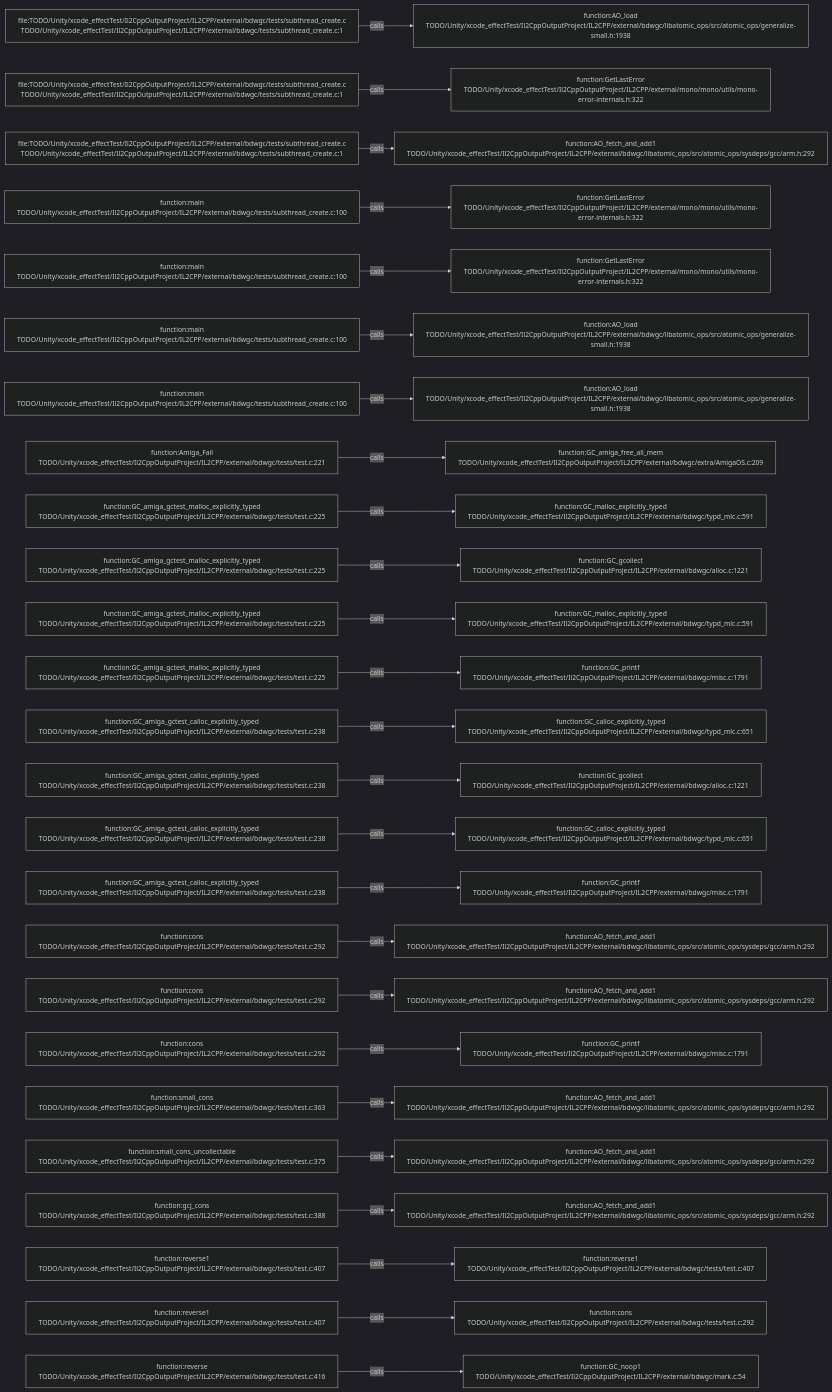
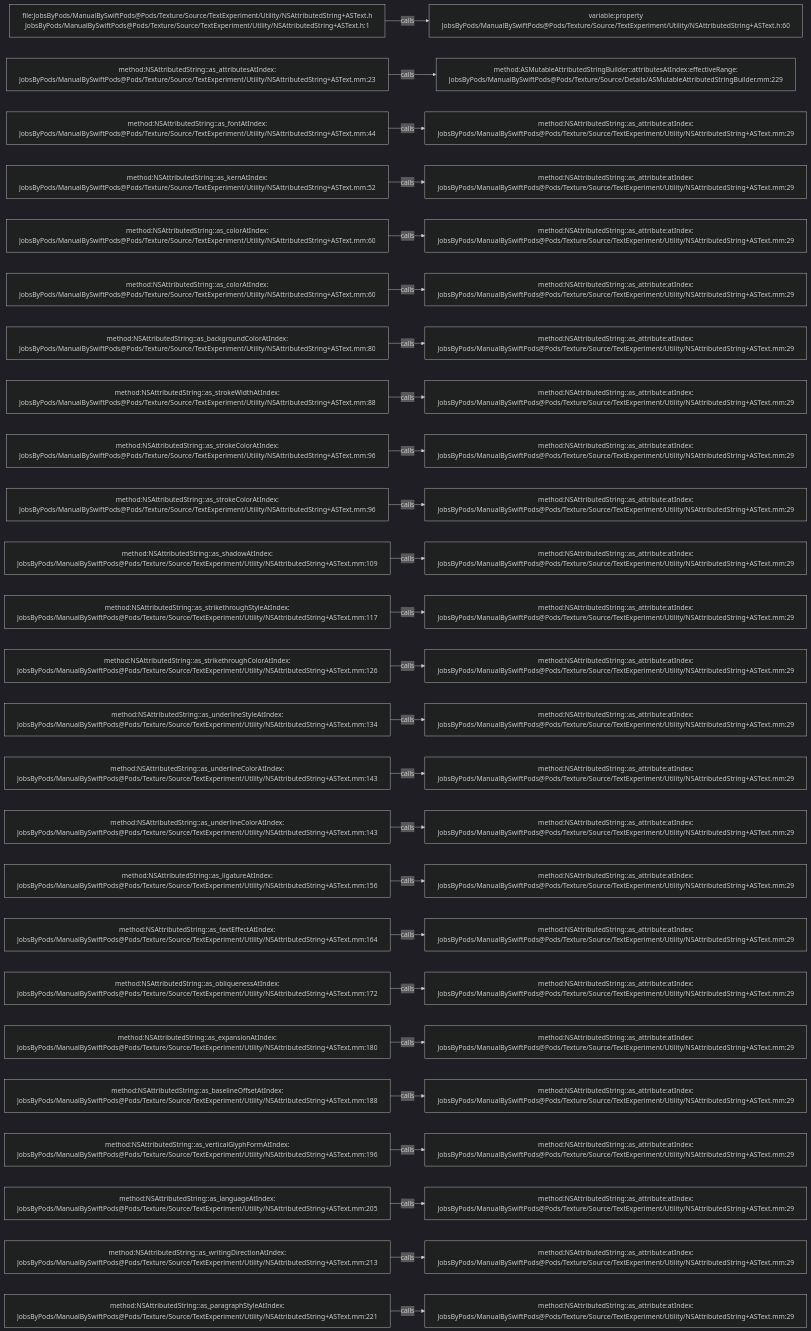
The diagram in .codegraph/codegraph.md/graphs/calls-161.md (JobsKits/JobsSwiftBaseConfigDemo), drawn with Mermaid (dark theme) before and after one commit. The commit also changed 2959 other files, not shown here.

````diff
--- a/.codegraph/codegraph.md/graphs/calls-161.md
+++ b/.codegraph/codegraph.md/graphs/calls-161.md
@@ -13,78 +13,78 @@
 ```mermaid
 flowchart LR
-  S1["file:TODO/Unity/xcode_effectTest/Il2CppOutputProject/IL2CPP/external/bdwgc/tests/subthread_create.c<br/>TODO/Unity/xcode_effectTest/Il2CppOutputProject/IL2CPP/external/bdwgc/tests/subthread_create.c:1"]
-  T1["function:AO_load<br/>TODO/Unity/xcode_effectTest/Il2CppOutputProject/IL2CPP/external/bdwgc/libatomic_ops/src/atomic_ops/generalize-small.h:1938"]
+  S1["file:JobsByPods/ManualBySwiftPods@Pods/Texture/Source/TextExperiment/Utility/NSAttributedString+ASText.h<br/>JobsByPods/ManualBySwiftPods@Pods/Texture/Source/TextExperiment/Utility/NSAttributedString+ASText.h:1"]
+  T1["variable:property<br/>JobsByPods/ManualBySwiftPods@Pods/Texture/Source/TextExperiment/Utility/NSAttributedString+ASText.h:60"]
   S1 -->|calls| T1
-  S2["file:TODO/Unity/xcode_effectTest/Il2CppOutputProject/IL2CPP/external/bdwgc/tests/subthread_create.c<br/>TODO/Unity/xcode_effectTest/Il2CppOutputProject/IL2CPP/external/bdwgc/tests/subthread_create.c:1"]
-  T2["function:GetLastError<br/>TODO/Unity/xcode_effectTest/Il2CppOutputProject/IL2CPP/external/mono/mono/utils/mono-error-internals.h:322"]
+  S2["method:NSAttributedString::as_attributesAtIndex:<br/>JobsByPods/ManualBySwiftPods@Pods/Texture/Source/TextExperiment/Utility/NSAttributedString+ASText.mm:23"]
+  T2["method:ASMutableAttributedStringBuilder::attributesAtIndex:effectiveRange:<br/>JobsByPods/ManualBySwiftPods@Pods/Texture/Source/Details/ASMutableAttributedStringBuilder.mm:229"]
   S2 -->|calls| T2
-  S3["file:TODO/Unity/xcode_effectTest/Il2CppOutputProject/IL2CPP/external/bdwgc/tests/subthread_create.c<br/>TODO/Unity/xcode_effectTest/Il2CppOutputProject/IL2CPP/external/bdwgc/tests/subthread_create.c:1"]
-  T3["function:AO_fetch_and_add1<br/>TODO/Unity/xcode_effectTest/Il2CppOutputProject/IL2CPP/external/bdwgc/libatomic_ops/src/atomic_ops/sysdeps/gcc/arm.h:292"]
+  S3["method:NSAttributedString::as_fontAtIndex:<br/>JobsByPods/ManualBySwiftPods@Pods/Texture/Source/TextExperiment/Utility/NSAttributedString+ASText.mm:44"]
+  T3["method:NSAttributedString::as_attribute:atIndex:<br/>JobsByPods/ManualBySwiftPods@Pods/Texture/Source/TextExperiment/Utility/NSAttributedString+ASText.mm:29"]
   S3 -->|calls| T3
-  S4["function:main<br/>TODO/Unity/xcode_effectTest/Il2CppOutputProject/IL2CPP/external/bdwgc/tests/subthread_create.c:100"]
-  T4["function:GetLastError<br/>TODO/Unity/xcode_effectTest/Il2CppOutputProject/IL2CPP/external/mono/mono/utils/mono-error-internals.h:322"]
+  S4["method:NSAttributedString::as_kernAtIndex:<br/>JobsByPods/ManualBySwiftPods@Pods/Texture/Source/TextExperiment/Utility/NSAttributedString+ASText.mm:52"]
+  T4["method:NSAttributedString::as_attribute:atIndex:<br/>JobsByPods/ManualBySwiftPods@Pods/Texture/Source/TextExperiment/Utility/NSAttributedString+ASText.mm:29"]
   S4 -->|calls| T4
-  S5["function:main<br/>TODO/Unity/xcode_effectTest/Il2CppOutputProject/IL2CPP/external/bdwgc/tests/subthread_create.c:100"]
-  T5["function:GetLastError<br/>TODO/Unity/xcode_effectTest/Il2CppOutputProject/IL2CPP/external/mono/mono/utils/mono-error-internals.h:322"]
+  S5["method:NSAttributedString::as_colorAtIndex:<br/>JobsByPods/ManualBySwiftPods@Pods/Texture/Source/TextExperiment/Utility/NSAttributedString+ASText.mm:60"]
+  T5["method:NSAttributedString::as_attribute:atIndex:<br/>JobsByPods/ManualBySwiftPods@Pods/Texture/Source/TextExperiment/Utility/NSAttributedString+ASText.mm:29"]
   S5 -->|calls| T5
-  S6["function:main<br/>TODO/Unity/xcode_effectTest/Il2CppOutputProject/IL2CPP/external/bdwgc/tests/subthread_create.c:100"]
-  T6["function:AO_load<br/>TODO/Unity/xcode_effectTest/Il2CppOutputProject/IL2CPP/external/bdwgc/libatomic_ops/src/atomic_ops/generalize-small.h:1938"]
+  S6["method:NSAttributedString::as_colorAtIndex:<br/>JobsByPods/ManualBySwiftPods@Pods/Texture/Source/TextExperiment/Utility/NSAttributedString+ASText.mm:60"]
+  T6["method:NSAttributedString::as_attribute:atIndex:<br/>JobsByPods/ManualBySwiftPods@Pods/Texture/Source/TextExperiment/Utility/NSAttributedString+ASText.mm:29"]
   S6 -->|calls| T6
-  S7["function:main<br/>TODO/Unity/xcode_effectTest/Il2CppOutputProject/IL2CPP/external/bdwgc/tests/subthread_create.c:100"]
-  T7["function:AO_load<br/>TODO/Unity/xcode_effectTest/Il2CppOutputProject/IL2CPP/external/bdwgc/libatomic_ops/src/atomic_ops/generalize-small.h:1938"]
+  S7["method:NSAttributedString::as_backgroundColorAtIndex:<br/>JobsByPods/ManualBySwiftPods@Pods/Texture/Source/TextExperiment/Utility/NSAttributedString+ASText.mm:80"]
+  T7["method:NSAttributedString::as_attribute:atIndex:<br/>JobsByPods/ManualBySwiftPods@Pods/Texture/Source/TextExperiment/Utility/NSAttributedString+ASText.mm:29"]
   S7 -->|calls| T7
-  S8["function:Amiga_Fail<br/>TODO/Unity/xcode_effectTest/Il2CppOutputProject/IL2CPP/external/bdwgc/tests/test.c:221"]
-  T8["function:GC_amiga_free_all_mem<br/>TODO/Unity/xcode_effectTest/Il2CppOutputProject/IL2CPP/external/bdwgc/extra/AmigaOS.c:209"]
+  S8["method:NSAttributedString::as_strokeWidthAtIndex:<br/>JobsByPods/ManualBySwiftPods@Pods/Texture/Source/TextExperiment/Utility/NSAttributedString+ASText.mm:88"]
+  T8["method:NSAttributedString::as_attribute:atIndex:<br/>JobsByPods/ManualBySwiftPods@Pods/Texture/Source/TextExperiment/Utility/NSAttributedString+ASText.mm:29"]
   S8 -->|calls| T8
-  S9["function:GC_amiga_gctest_malloc_explicitly_typed<br/>TODO/Unity/xcode_effectTest/Il2CppOutputProject/IL2CPP/external/bdwgc/tests/test.c:225"]
-  T9["function:GC_malloc_explicitly_typed<br/>TODO/Unity/xcode_effectTest/Il2CppOutputProject/IL2CPP/external/bdwgc/typd_mlc.c:591"]
+  S9["method:NSAttributedString::as_strokeColorAtIndex:<br/>JobsByPods/ManualBySwiftPods@Pods/Texture/Source/TextExperiment/Utility/NSAttributedString+ASText.mm:96"]
+  T9["method:NSAttributedString::as_attribute:atIndex:<br/>JobsByPods/ManualBySwiftPods@Pods/Texture/Source/TextExperiment/Utility/NSAttributedString+ASText.mm:29"]
   S9 -->|calls| T9
-  S10["function:GC_amiga_gctest_malloc_explicitly_typed<br/>TODO/Unity/xcode_effectTest/Il2CppOutputProject/IL2CPP/external/bdwgc/tests/test.c:225"]
-  T10["function:GC_gcollect<br/>TODO/Unity/xcode_effectTest/Il2CppOutputProject/IL2CPP/external/bdwgc/alloc.c:1221"]
+  S10["method:NSAttributedString::as_strokeColorAtIndex:<br/>JobsByPods/ManualBySwiftPods@Pods/Texture/Source/TextExperiment/Utility/NSAttributedString+ASText.mm:96"]
+  T10["method:NSAttributedString::as_attribute:atIndex:<br/>JobsByPods/ManualBySwiftPods@Pods/Texture/Source/TextExperiment/Utility/NSAttributedString+ASText.mm:29"]
   S10 -->|calls| T10
-  S11["function:GC_amiga_gctest_malloc_explicitly_typed<br/>TODO/Unity/xcode_effectTest/Il2CppOutputProject/IL2CPP/external/bdwgc/tests/test.c:225"]
-  T11["function:GC_malloc_explicitly_typed<br/>TODO/Unity/xcode_effectTest/Il2CppOutputProject/IL2CPP/external/bdwgc/typd_mlc.c:591"]
+  S11["method:NSAttributedString::as_shadowAtIndex:<br/>JobsByPods/ManualBySwiftPods@Pods/Texture/Source/TextExperiment/Utility/NSAttributedString+ASText.mm:109"]
+  T11["method:NSAttributedString::as_attribute:atIndex:<br/>JobsByPods/ManualBySwiftPods@Pods/Texture/Source/TextExperiment/Utility/NSAttributedString+ASText.mm:29"]
   S11 -->|calls| T11
-  S12["function:GC_amiga_gctest_malloc_explicitly_typed<br/>TODO/Unity/xcode_effectTest/Il2CppOutputProject/IL2CPP/external/bdwgc/tests/test.c:225"]
-  T12["function:GC_printf<br/>TODO/Unity/xcode_effectTest/Il2CppOutputProject/IL2CPP/external/bdwgc/misc.c:1791"]
+  S12["method:NSAttributedString::as_strikethroughStyleAtIndex:<br/>JobsByPods/ManualBySwiftPods@Pods/Texture/Source/TextExperiment/Utility/NSAttributedString+ASText.mm:117"]
+  T12["method:NSAttributedString::as_attribute:atIndex:<br/>JobsByPods/ManualBySwiftPods@Pods/Texture/Source/TextExperiment/Utility/NSAttributedString+ASText.mm:29"]
   S12 -->|calls| T12
-  S13["function:GC_amiga_gctest_calloc_explicitly_typed<br/>TODO/Unity/xcode_effectTest/Il2CppOutputProject/IL2CPP/external/bdwgc/tests/test.c:238"]
-  T13["function:GC_calloc_explicitly_typed<br/>TODO/Unity/xcode_effectTest/Il2CppOutputProject/IL2CPP/external/bdwgc/typd_mlc.c:651"]
+  S13["method:NSAttributedString::as_strikethroughColorAtIndex:<br/>JobsByPods/ManualBySwiftPods@Pods/Texture/Source/TextExperiment/Utility/NSAttributedString+ASText.mm:126"]
+  T13["method:NSAttributedString::as_attribute:atIndex:<br/>JobsByPods/ManualBySwiftPods@Pods/Texture/Source/TextExperiment/Utility/NSAttributedString+ASText.mm:29"]
   S13 -->|calls| T13
-  S14["function:GC_amiga_gctest_calloc_explicitly_typed<br/>TODO/Unity/xcode_effectTest/Il2CppOutputProject/IL2CPP/external/bdwgc/tests/test.c:238"]
-  T14["function:GC_gcollect<br/>TODO/Unity/xcode_effectTest/Il2CppOutputProject/IL2CPP/external/bdwgc/alloc.c:1221"]
+  S14["method:NSAttributedString::as_underlineStyleAtIndex:<br/>JobsByPods/ManualBySwiftPods@Pods/Texture/Source/TextExperiment/Utility/NSAttributedString+ASText.mm:134"]
+  T14["method:NSAttributedString::as_attribute:atIndex:<br/>JobsByPods/ManualBySwiftPods@Pods/Texture/Source/TextExperiment/Utility/NSAttributedString+ASText.mm:29"]
   S14 -->|calls| T14
-  S15["function:GC_amiga_gctest_calloc_explicitly_typed<br/>TODO/Unity/xcode_effectTest/Il2CppOutputProject/IL2CPP/external/bdwgc/tests/test.c:238"]
-  T15["function:GC_calloc_explicitly_typed<br/>TODO/Unity/xcode_effectTest/Il2CppOutputProject/IL2CPP/external/bdwgc/typd_mlc.c:651"]
+  S15["method:NSAttributedString::as_underlineColorAtIndex:<br/>JobsByPods/ManualBySwiftPods@Pods/Texture/Source/TextExperiment/Utility/NSAttributedString+ASText.mm:143"]
+  T15["method:NSAttributedString::as_attribute:atIndex:<br/>JobsByPods/ManualBySwiftPods@Pods/Texture/Source/TextExperiment/Utility/NSAttributedString+ASText.mm:29"]
   S15 -->|calls| T15
-  S16["function:GC_amiga_gctest_calloc_explicitly_typed<br/>TODO/Unity/xcode_effectTest/Il2CppOutputProject/IL2CPP/external/bdwgc/tests/test.c:238"]
-  T16["function:GC_printf<br/>TODO/Unity/xcode_effectTest/Il2CppOutputProject/IL2CPP/external/bdwgc/misc.c:1791"]
+  S16["method:NSAttributedString::as_underlineColorAtIndex:<br/>JobsByPods/ManualBySwiftPods@Pods/Texture/Source/TextExperiment/Utility/NSAttributedString+ASText.mm:143"]
+  T16["method:NSAttributedString::as_attribute:atIndex:<br/>JobsByPods/ManualBySwiftPods@Pods/Texture/Source/TextExperiment/Utility/NSAttributedString+ASText.mm:29"]
   S16 -->|calls| T16
-  S17["function:cons<br/>TODO/Unity/xcode_effectTest/Il2CppOutputProject/IL2CPP/external/bdwgc/tests/test.c:292"]
-  T17["function:AO_fetch_and_add1<br/>TODO/Unity/xcode_effectTest/Il2CppOutputProject/IL2CPP/external/bdwgc/libatomic_ops/src/atomic_ops/sysdeps/gcc/arm.h:292"]
+  S17["method:NSAttributedString::as_ligatureAtIndex:<br/>JobsByPods/ManualBySwiftPods@Pods/Texture/Source/TextExperiment/Utility/NSAttributedString+ASText.mm:156"]
+  T17["method:NSAttributedString::as_attribute:atIndex:<br/>JobsByPods/ManualBySwiftPods@Pods/Texture/Source/TextExperiment/Utility/NSAttributedString+ASText.mm:29"]
   S17 -->|calls| T17
-  S18["function:cons<br/>TODO/Unity/xcode_effectTest/Il2CppOutputProject/IL2CPP/external/bdwgc/tests/test.c:292"]
-  T18["function:AO_fetch_and_add1<br/>TODO/Unity/xcode_effectTest/Il2CppOutputProject/IL2CPP/external/bdwgc/libatomic_ops/src/atomic_ops/sysdeps/gcc/arm.h:292"]
+  S18["method:NSAttributedString::as_textEffectAtIndex:<br/>JobsByPods/ManualBySwiftPods@Pods/Texture/Source/TextExperiment/Utility/NSAttributedString+ASText.mm:164"]
+  T18["method:NSAttributedString::as_attribute:atIndex:<br/>JobsByPods/ManualBySwiftPods@Pods/Texture/Source/TextExperiment/Utility/NSAttributedString+ASText.mm:29"]
   S18 -->|calls| T18
-  S19["function:cons<br/>TODO/Unity/xcode_effectTest/Il2CppOutputProject/IL2CPP/external/bdwgc/tests/test.c:292"]
-  T19["function:GC_printf<br/>TODO/Unity/xcode_effectTest/Il2CppOutputProject/IL2CPP/external/bdwgc/misc.c:1791"]
+  S19["method:NSAttributedString::as_obliquenessAtIndex:<br/>JobsByPods/ManualBySwiftPods@Pods/Texture/Source/TextExperiment/Utility/NSAttributedString+ASText.mm:172"]
+  T19["method:NSAttributedString::as_attribute:atIndex:<br/>JobsByPods/ManualBySwiftPods@Pods/Texture/Source/TextExperiment/Utility/NSAttributedString+ASText.mm:29"]
   S19 -->|calls| T19
-  S20["function:small_cons<br/>TODO/Unity/xcode_effectTest/Il2CppOutputProject/IL2CPP/external/bdwgc/tests/test.c:363"]
-  T20["function:AO_fetch_and_add1<br/>TODO/Unity/xcode_effectTest/Il2CppOutputProject/IL2CPP/external/bdwgc/libatomic_ops/src/atomic_ops/sysdeps/gcc/arm.h:292"]
+  S20["method:NSAttributedString::as_expansionAtIndex:<br/>JobsByPods/ManualBySwiftPods@Pods/Texture/Source/TextExperiment/Utility/NSAttributedString+ASText.mm:180"]
+  T20["method:NSAttributedString::as_attribute:atIndex:<br/>JobsByPods/ManualBySwiftPods@Pods/Texture/Source/TextExperiment/Utility/NSAttributedString+ASText.mm:29"]
   S20 -->|calls| T20
-  S21["function:small_cons_uncollectable<br/>TODO/Unity/xcode_effectTest/Il2CppOutputProject/IL2CPP/external/bdwgc/tests/test.c:375"]
-  T21["function:AO_fetch_and_add1<br/>TODO/Unity/xcode_effectTest/Il2CppOutputProject/IL2CPP/external/bdwgc/libatomic_ops/src/atomic_ops/sysdeps/gcc/arm.h:292"]
+  S21["method:NSAttributedString::as_baselineOffsetAtIndex:<br/>JobsByPods/ManualBySwiftPods@Pods/Texture/Source/TextExperiment/Utility/NSAttributedString+ASText.mm:188"]
+  T21["method:NSAttributedString::as_attribute:atIndex:<br/>JobsByPods/ManualBySwiftPods@Pods/Texture/Source/TextExperiment/Utility/NSAttributedString+ASText.mm:29"]
   S21 -->|calls| T21
-  S22["function:gcj_cons<br/>TODO/Unity/xcode_effectTest/Il2CppOutputProject/IL2CPP/external/bdwgc/tests/test.c:388"]
-  T22["function:AO_fetch_and_add1<br/>TODO/Unity/xcode_effectTest/Il2CppOutputProject/IL2CPP/external/bdwgc/libatomic_ops/src/atomic_ops/sysdeps/gcc/arm.h:292"]
+  S22["method:NSAttributedString::as_verticalGlyphFormAtIndex:<br/>JobsByPods/ManualBySwiftPods@Pods/Texture/Source/TextExperiment/Utility/NSAttributedString+ASText.mm:196"]
+  T22["method:NSAttributedString::as_attribute:atIndex:<br/>JobsByPods/ManualBySwiftPods@Pods/Texture/Source/TextExperiment/Utility/NSAttributedString+ASText.mm:29"]
   S22 -->|calls| T22
-  S23["function:reverse1<br/>TODO/Unity/xcode_effectTest/Il2CppOutputProject/IL2CPP/external/bdwgc/tests/test.c:407"]
-  T23["function:reverse1<br/>TODO/Unity/xcode_effectTest/Il2CppOutputProject/IL2CPP/external/bdwgc/tests/test.c:407"]
+  S23["method:NSAttributedString::as_languageAtIndex:<br/>JobsByPods/ManualBySwiftPods@Pods/Texture/Source/TextExperiment/Utility/NSAttributedString+ASText.mm:205"]
+  T23["method:NSAttributedString::as_attribute:atIndex:<br/>JobsByPods/ManualBySwiftPods@Pods/Texture/Source/TextExperiment/Utility/NSAttributedString+ASText.mm:29"]
   S23 -->|calls| T23
-  S24["function:reverse1<br/>TODO/Unity/xcode_effectTest/Il2CppOutputProject/IL2CPP/external/bdwgc/tests/test.c:407"]
-  T24["function:cons<br/>TODO/Unity/xcode_effectTest/Il2CppOutputProject/IL2CPP/external/bdwgc/tests/test.c:292"]
+  S24["method:NSAttributedString::as_writingDirectionAtIndex:<br/>JobsByPods/ManualBySwiftPods@Pods/Texture/Source/TextExperiment/Utility/NSAttributedString+ASText.mm:213"]
+  T24["method:NSAttributedString::as_attribute:atIndex:<br/>JobsByPods/ManualBySwiftPods@Pods/Texture/Source/TextExperiment/Utility/NSAttributedString+ASText.mm:29"]
   S24 -->|calls| T24
-  S25["function:reverse<br/>TODO/Unity/xcode_effectTest/Il2CppOutputProject/IL2CPP/external/bdwgc/tests/test.c:416"]
-  T25["function:GC_noop1<br/>TODO/Unity/xcode_effectTest/Il2CppOutputProject/IL2CPP/external/bdwgc/mark.c:54"]
+  S25["method:NSAttributedString::as_paragraphStyleAtIndex:<br/>JobsByPods/ManualBySwiftPods@Pods/Texture/Source/TextExperiment/Utility/NSAttributedString+ASText.mm:221"]
+  T25["method:NSAttributedString::as_attribute:atIndex:<br/>JobsByPods/ManualBySwiftPods@Pods/Texture/Source/TextExperiment/Utility/NSAttributedString+ASText.mm:29"]
   S25 -->|calls| T25
 ```
````
